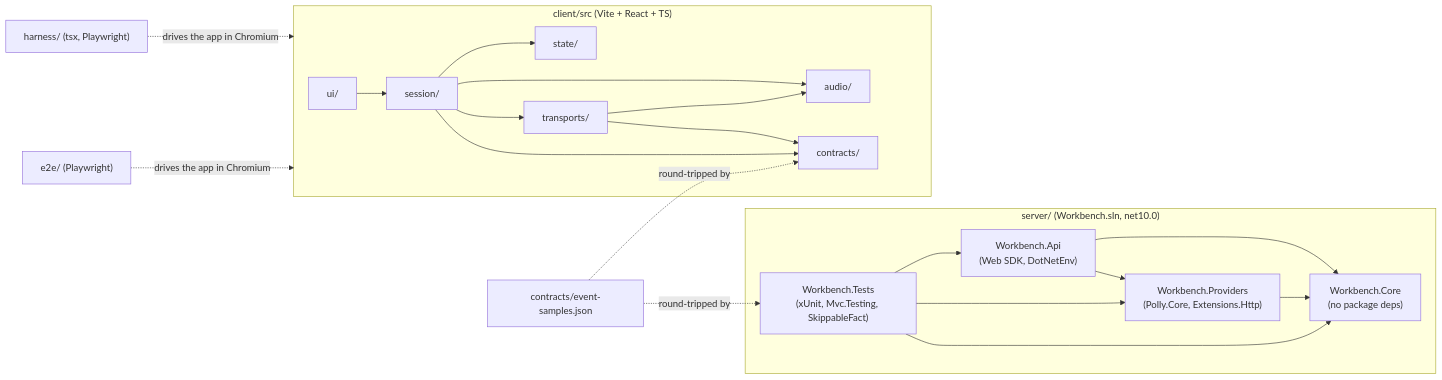
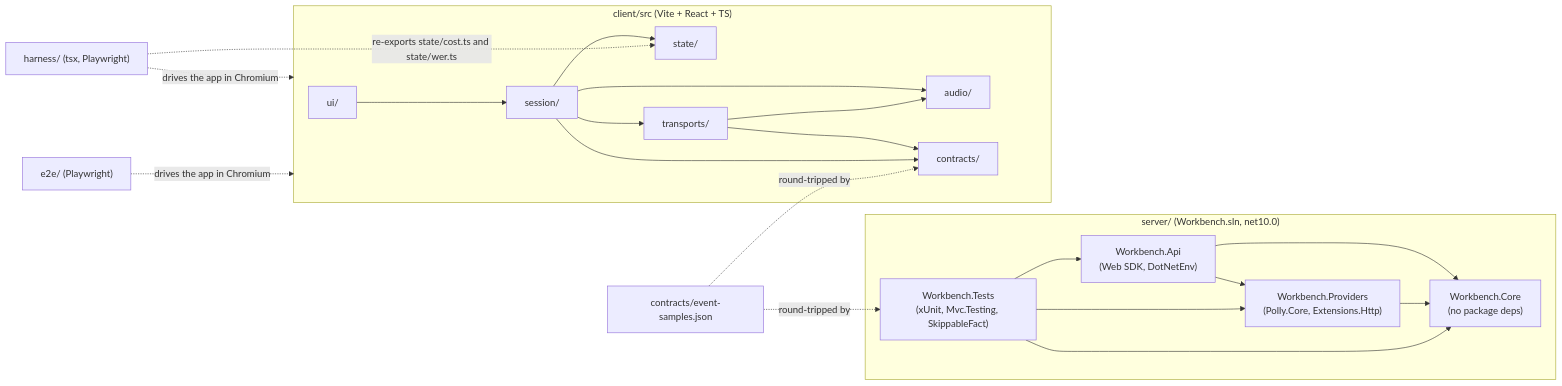
One commit to debudash/realtimevscascade-translation changed the first of 8 diagrams in docs/architecture/lla.md. Above: the diagram before and after it, drawn with Mermaid. The commit also changed other lines of this file and 2 other files, not shown here.

First line of the commit message:
docs(architecture): sync the as-built HLA, LLA and sequences to commit 1e3f900

````diff
--- a/docs/architecture/lla.md
+++ b/docs/architecture/lla.md
@@ -9,38 +9,39 @@
 ```mermaid
 flowchart LR
     subgraph server["server/ (Workbench.sln, net10.0)"]
         apiP["Workbench.Api<br/>(Web SDK, DotNetEnv)"]
         provP["Workbench.Providers<br/>(Polly.Core, Extensions.Http)"]
         coreP["Workbench.Core<br/>(no package deps)"]
         testP["Workbench.Tests<br/>(xUnit, Mvc.Testing, SkippableFact)"]
     end
     subgraph client["client/src (Vite + React + TS)"]
         ui["ui/"]
         session["session/"]
         state["state/"]
         transports["transports/"]
         audio["audio/"]
         contracts["contracts/"]
     end
     harness["harness/ (tsx, Playwright)"]
     e2e["e2e/ (Playwright)"]
     samples["contracts/event-samples.json"]
 
     apiP --> coreP
     apiP --> provP
     provP --> coreP
     testP --> apiP
     testP --> provP
     testP --> coreP
     ui --> session
     session --> state
     session --> audio
     session --> transports
     transports --> contracts
     transports --> audio
     session --> contracts
     harness -. "drives the app in Chromium" .-> client
+    harness -. "re-exports state/cost.ts and state/wer.ts" .-> state
     e2e -. "drives the app in Chromium" .-> client
     samples -. "round-tripped by" .-> testP
     samples -. "round-tripped by" .-> contracts
 ```
````
